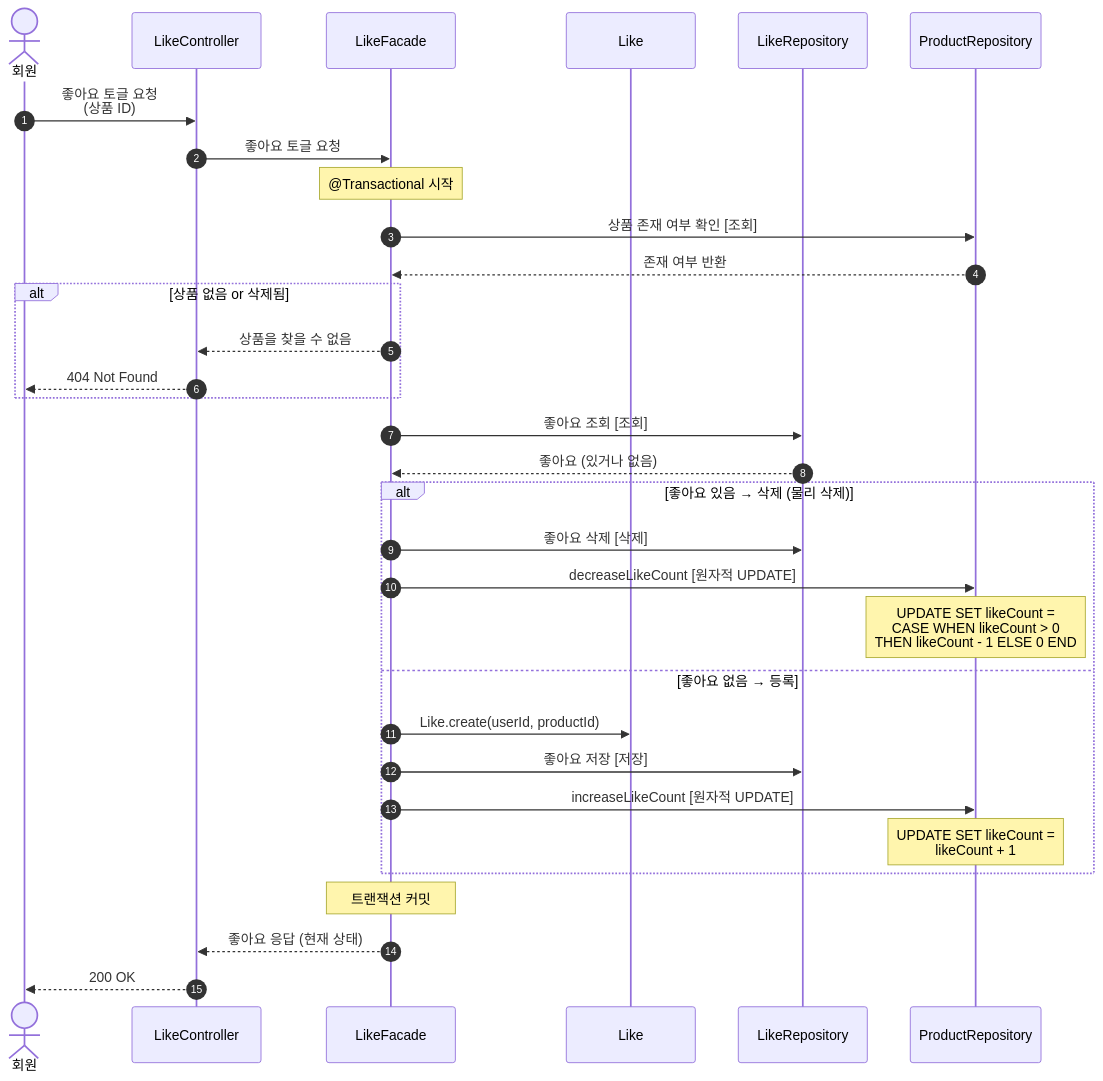
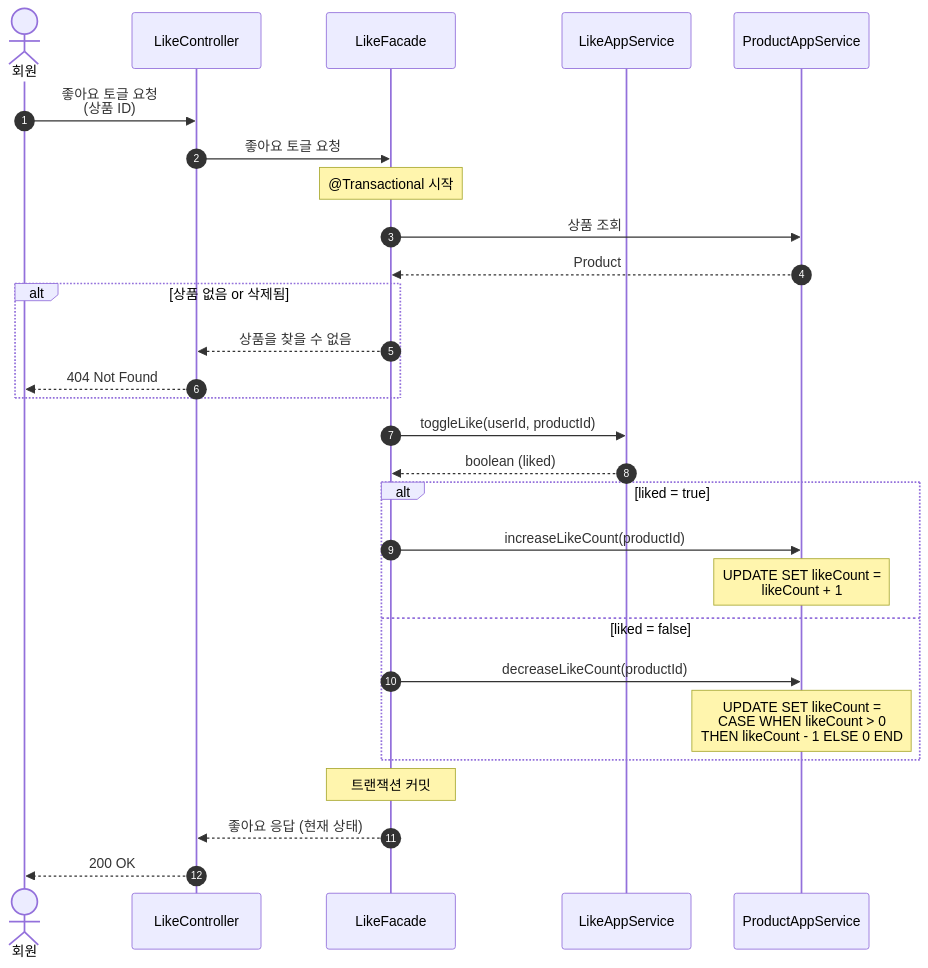
One commit to Loopers-dev-lab/loop-pack-be-l2-vol3-java changed the eighth of 14 diagrams in docs/design/02-sequence-diagrams.md. Above: the diagram before and after it, drawn with Mermaid. The commit also changed other lines of this file and 3 other files, not shown here.

First line of the commit message:
fix: LikeFacade 계층 원칙 위반 수정 — Repository 직접 호출 제거

````diff
--- a/docs/design/02-sequence-diagrams.md
+++ b/docs/design/02-sequence-diagrams.md
@@ -463,44 +459,40 @@
 ```mermaid
 sequenceDiagram
     autonumber
     actor 회원
     participant Controller as LikeController
     participant Facade as LikeFacade
-    participant Domain as Like
-    participant LikeRepo as LikeRepository
-    participant ProductRepo as ProductRepository
+    participant LikeAS as LikeAppService
+    participant ProductAS as ProductAppService
 
     회원->>Controller: 좋아요 토글 요청<br/>(상품 ID)
     Controller->>Facade: 좋아요 토글 요청
 
     Note over Facade: @Transactional 시작
 
     %% 1. 상품 존재 확인
-    Facade->>ProductRepo: 상품 존재 여부 확인 [조회]
-    ProductRepo-->>Facade: 존재 여부 반환
+    Facade->>ProductAS: 상품 조회
+    ProductAS-->>Facade: Product
     alt 상품 없음 or 삭제됨
         Facade-->>Controller: 상품을 찾을 수 없음
         Controller-->>회원: 404 Not Found
     end
 
-    %% 2. 기존 좋아요 조회
-    Facade->>LikeRepo: 좋아요 조회 [조회]
-    LikeRepo-->>Facade: 좋아요 (있거나 없음)
+    %% 2. 좋아요 토글 (Like CRUD)
+    Facade->>LikeAS: toggleLike(userId, productId)
+    LikeAS-->>Facade: boolean (liked)
 
-    %% 3. 상태에 따른 분기 처리 (물리 삭제 방식)
-    alt 좋아요 있음 → 삭제 (물리 삭제)
-        Facade->>LikeRepo: 좋아요 삭제 [삭제]
-        Facade->>ProductRepo: decreaseLikeCount [원자적 UPDATE]
-        Note over ProductRepo: UPDATE SET likeCount =<br/>CASE WHEN likeCount > 0<br/>THEN likeCount - 1 ELSE 0 END
-    else 좋아요 없음 → 등록
-        Facade->>Domain: Like.create(userId, productId)
-        Facade->>LikeRepo: 좋아요 저장 [저장]
-        Facade->>ProductRepo: increaseLikeCount [원자적 UPDATE]
-        Note over ProductRepo: UPDATE SET likeCount =<br/>likeCount + 1
+    %% 3. 좋아요 카운트 갱신 (원자적 UPDATE)
+    alt liked = true
+        Facade->>ProductAS: increaseLikeCount(productId)
+        Note over ProductAS: UPDATE SET likeCount =<br/>likeCount + 1
+    else liked = false
+        Facade->>ProductAS: decreaseLikeCount(productId)
+        Note over ProductAS: UPDATE SET likeCount =<br/>CASE WHEN likeCount > 0<br/>THEN likeCount - 1 ELSE 0 END
     end
 
     Note over Facade: 트랜잭션 커밋
 
     Facade-->>Controller: 좋아요 응답 (현재 상태)
     Controller-->>회원: 200 OK
 ```
````
